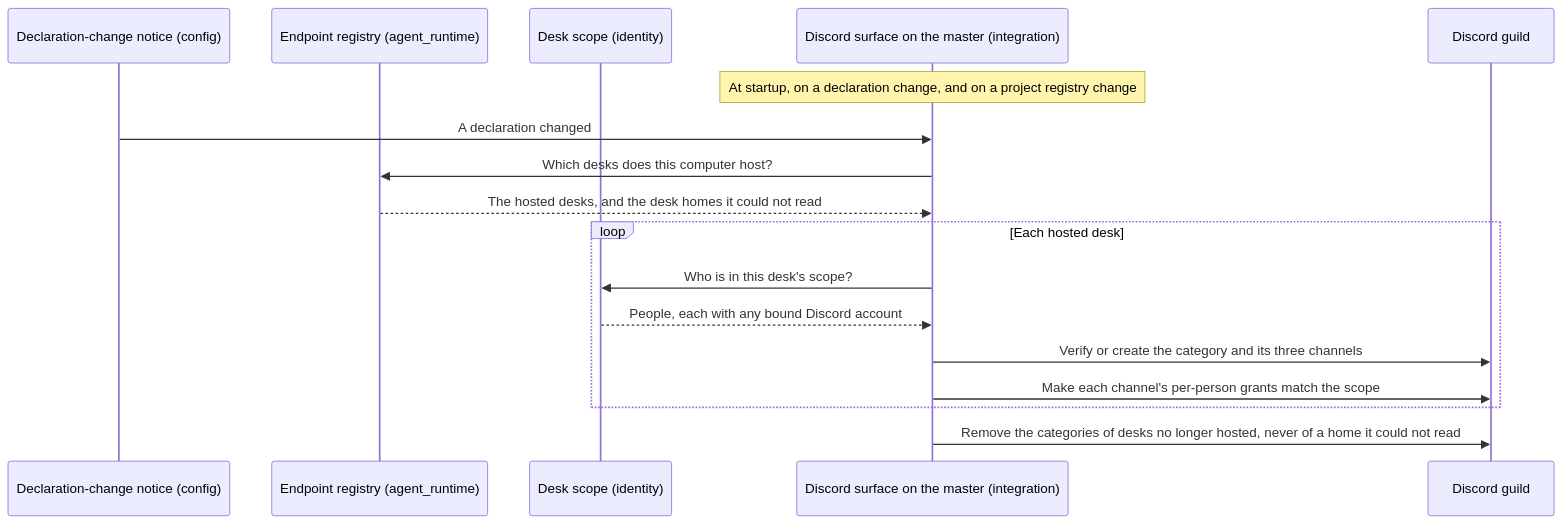
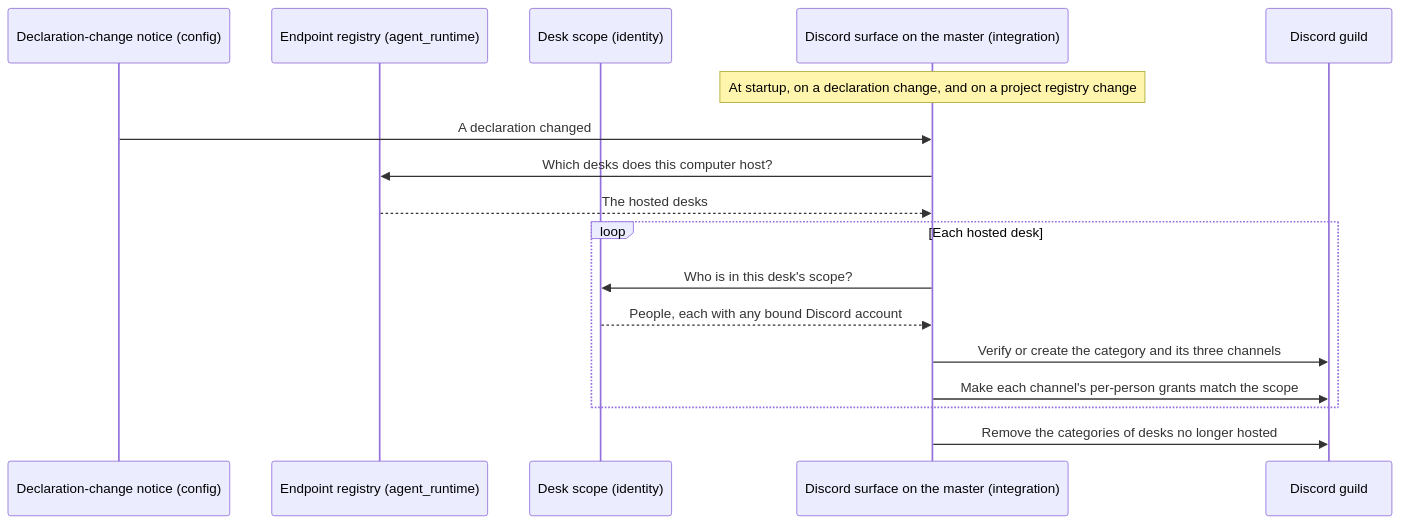
One commit to InstruktAI/TeleClaude changed diagram 13 of 14 in docs/local/design/architecture/help-desk-platform.md. Above: the diagram before and after it, drawn with Mermaid. The commit also changed other lines of this file and 3 other files, not shown here.

````diff
--- a/docs/local/design/architecture/help-desk-platform.md
+++ b/docs/local/design/architecture/help-desk-platform.md
@@ -893,20 +893,20 @@
 ```mermaid
 sequenceDiagram
     participant Notice as Declaration-change notice (config)
     participant Registry as Endpoint registry (agent_runtime)
     participant Scope as Desk scope (identity)
     participant Master as Discord surface on the master (integration)
     participant Guild as Discord guild
 
     Note over Master: At startup, on a declaration change, and on a project registry change
     Notice->>Master: A declaration changed
     Master->>Registry: Which desks does this computer host?
-    Registry-->>Master: The hosted desks, and the desk homes it could not read
+    Registry-->>Master: The hosted desks
     loop Each hosted desk
         Master->>Scope: Who is in this desk's scope?
         Scope-->>Master: People, each with any bound Discord account
         Master->>Guild: Verify or create the category and its three channels
         Master->>Guild: Make each channel's per-person grants match the scope
     end
-    Master->>Guild: Remove the categories of desks no longer hosted, never of a home it could not read
+    Master->>Guild: Remove the categories of desks no longer hosted
 ```
````
